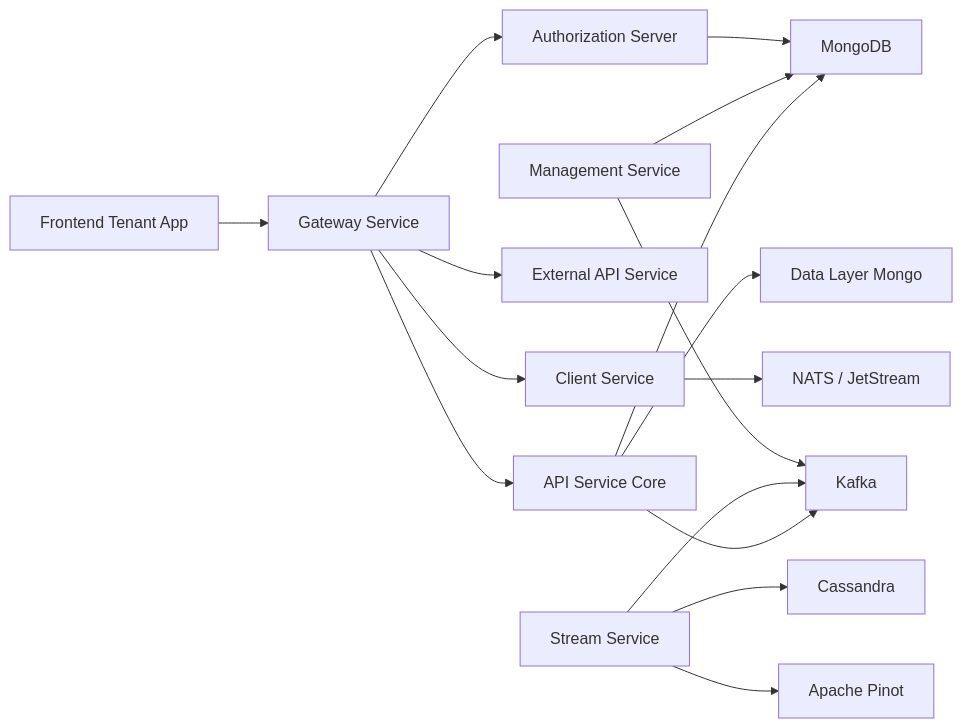
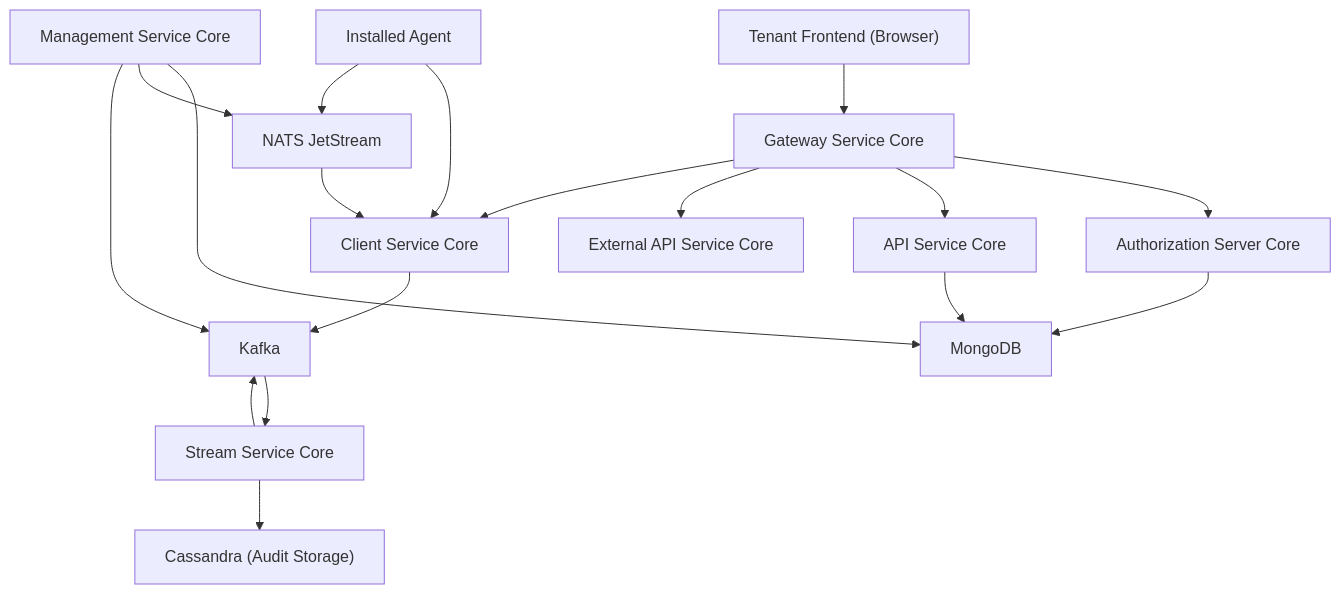
The diagram in docs/architecture/diagrams/README.mmd (Praesto-Pro/openframe-oss-tenant), drawn with Mermaid before and after one commit. The commit also changed 214 other files, not shown here.

```diff
--- a/docs/architecture/diagrams/README.mmd
+++ b/docs/architecture/diagrams/README.mmd
@@ -1,22 +1,24 @@
-flowchart LR
-    User["Frontend Tenant App"] --> Gateway["Gateway Service"]
+flowchart TD
+    Browser["Tenant Frontend (Browser)"] --> Gateway["Gateway Service Core"]
 
-    Gateway --> Auth["Authorization Server"]
-    Gateway --> Api["API Service Core"]
-    Gateway --> ExternalApi["External API Service"]
-    Gateway --> ClientSvc["Client Service"]
+    Gateway --> AuthZ["Authorization Server Core"]
+    Gateway --> ApiCore["API Service Core"]
+    Gateway --> ExternalApi["External API Service Core"]
+    Gateway --> ClientCore["Client Service Core"]
 
-    Api --> Mongo["MongoDB"]
-    Api --> Kafka["Kafka"]
+    ClientAgent["Installed Agent"] --> ClientCore
+    ClientAgent --> NATS["NATS JetStream"]
 
-    Stream["Stream Service"] --> Kafka
-    Stream --> Cassandra["Cassandra"]
-    Stream --> Pinot["Apache Pinot"]
+    NATS --> ClientCore
+    ClientCore --> Kafka["Kafka"]
 
-    Management["Management Service"] --> Mongo
+    Kafka --> StreamCore["Stream Service Core"]
+    StreamCore --> Cassandra["Cassandra (Audit Storage)"]
+    StreamCore --> Kafka
+
+    ApiCore --> Mongo["MongoDB"]
+    AuthZ --> Mongo
+    Management --> Mongo
+
+    Management["Management Service Core"] --> NATS
     Management --> Kafka
-
-    Auth --> Mongo
-    ClientSvc --> NATS["NATS / JetStream"]
-
-    Api --> DataLayer["Data Layer Mongo"]
```
